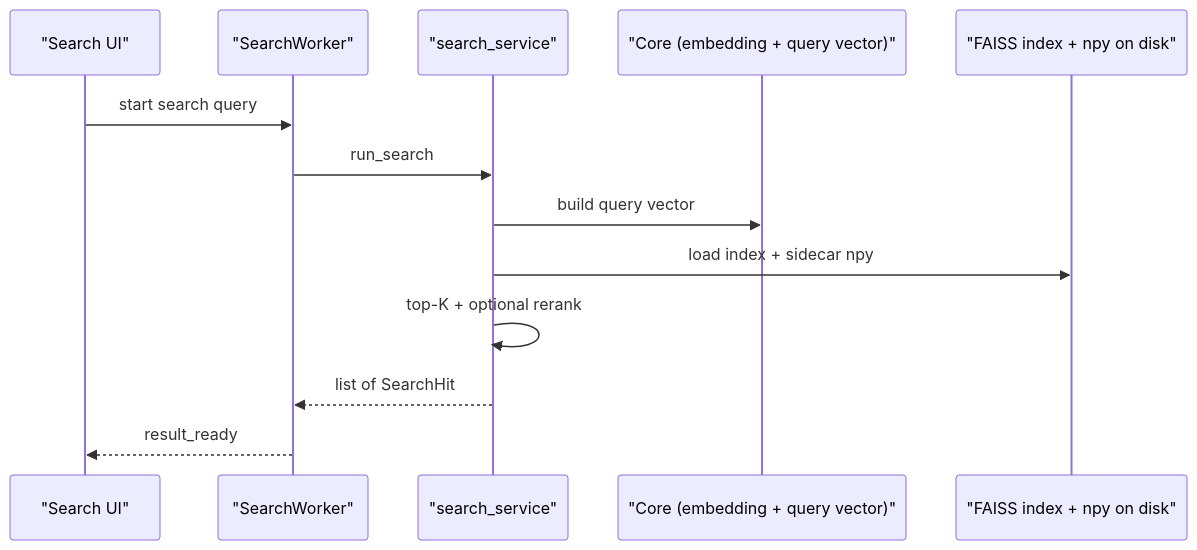
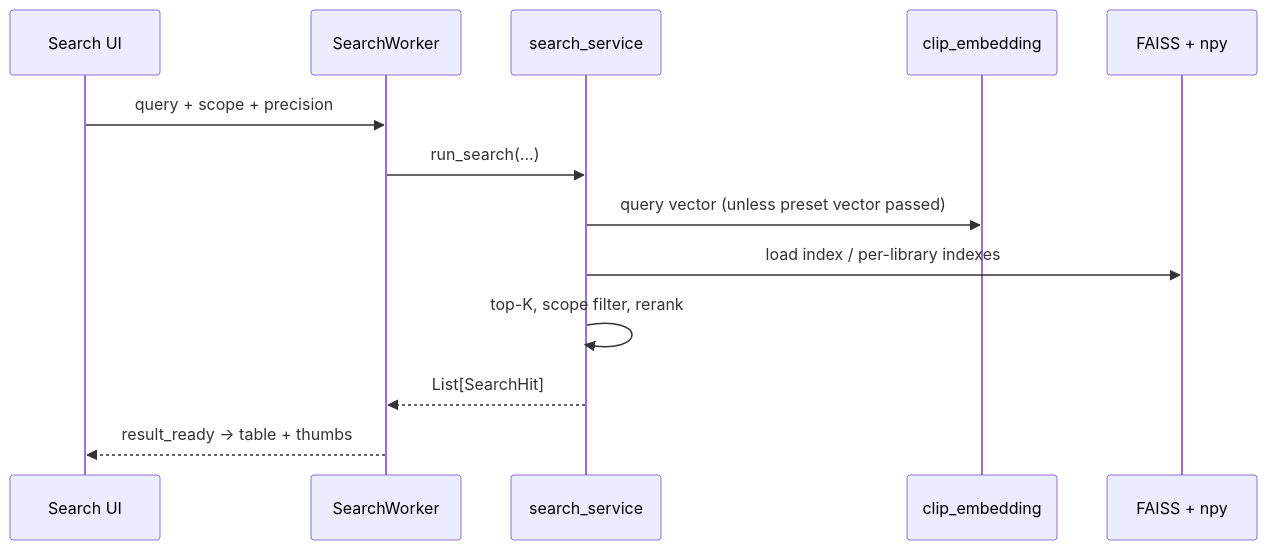
Before and after one commit to 6v17/VideoSeek: the fifth of 5 diagrams in docs/architecture.md, drawn with Mermaid. The commit also changed other lines of this file and 44 other files, not shown here.

````diff
--- a/docs/architecture.md
+++ b/docs/architecture.md
@@ -62,15 +104,15 @@
 ```mermaid
 sequenceDiagram
-  participant UI as "Search UI"
-  participant W as "SearchWorker"
-  participant SS as "search_service"
-  participant CE as "Core (embedding + query vector)"
-  participant IX as "FAISS index + npy on disk"
-  UI->>W: start search query
-  W->>SS: run_search
-  SS->>CE: build query vector
-  SS->>IX: load index + sidecar npy
-  SS->>SS: top-K + optional rerank
-  SS-->>W: list of SearchHit
-  W-->>UI: result_ready
+  participant UI as Search UI
+  participant W as SearchWorker
+  participant SS as search_service
+  participant CE as clip_embedding
+  participant IX as FAISS + npy
+  UI->>W: query + scope + precision
+  W->>SS: run_search(...)
+  SS->>CE: query vector (unless preset vector passed)
+  SS->>IX: load index / per-library indexes
+  SS->>SS: top-K, scope filter, rerank
+  SS-->>W: List[SearchHit]
+  W-->>UI: result_ready → table + thumbs
 ```
````
